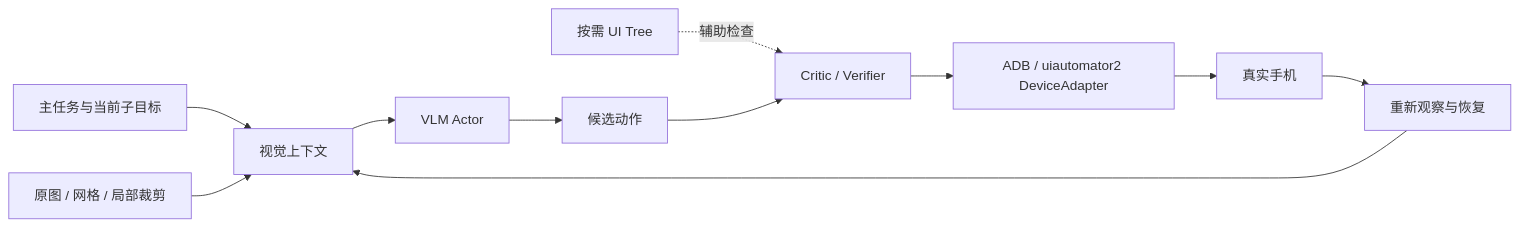
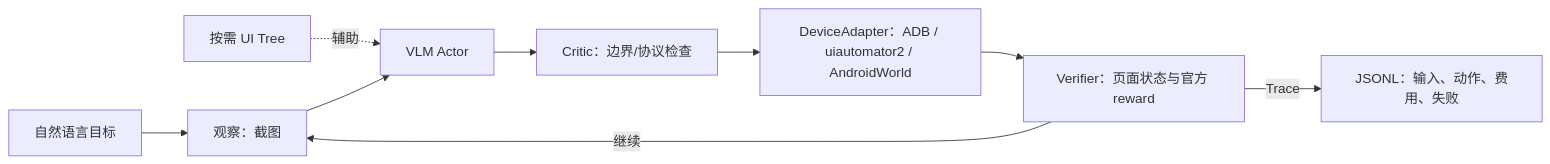
The diagram in README.md (qizhanggu/mobilepilot-runtime), drawn with Mermaid before and after one commit. The commit also changed other lines of this file and 4 other files, not shown here.

````diff
--- a/README.md
+++ b/README.md
@@ -30,13 +5,10 @@
 ```mermaid
 flowchart LR
-    A["主任务与当前子目标"] --> C["视觉上下文"]
-    B["原图 / 网格 / 局部裁剪"] --> C
-    C --> V["VLM Actor"]
-    V --> P["候选动作"]
-    T["按需 UI Tree"] -. "辅助检查" .-> K["Critic / Verifier"]
-    P --> K
-    K --> D["ADB / uiautomator2 DeviceAdapter"]
-    D --> O["真实手机"]
-    O --> R["重新观察与恢复"]
-    R --> C
+  G["自然语言目标"] --> O["观察：截图"]
+  U["按需 UI Tree"] -.辅助.-> A["VLM Actor"]
+  O --> A --> C["Critic：边界/协议检查"]
+  C --> D["DeviceAdapter：ADB / uiautomator2 / AndroidWorld"]
+  D --> V["Verifier：页面状态与官方 reward"]
+  V -->|继续| O
+  V -->|Trace| T["JSONL：输入、动作、费用、失败"]
 ```
````
